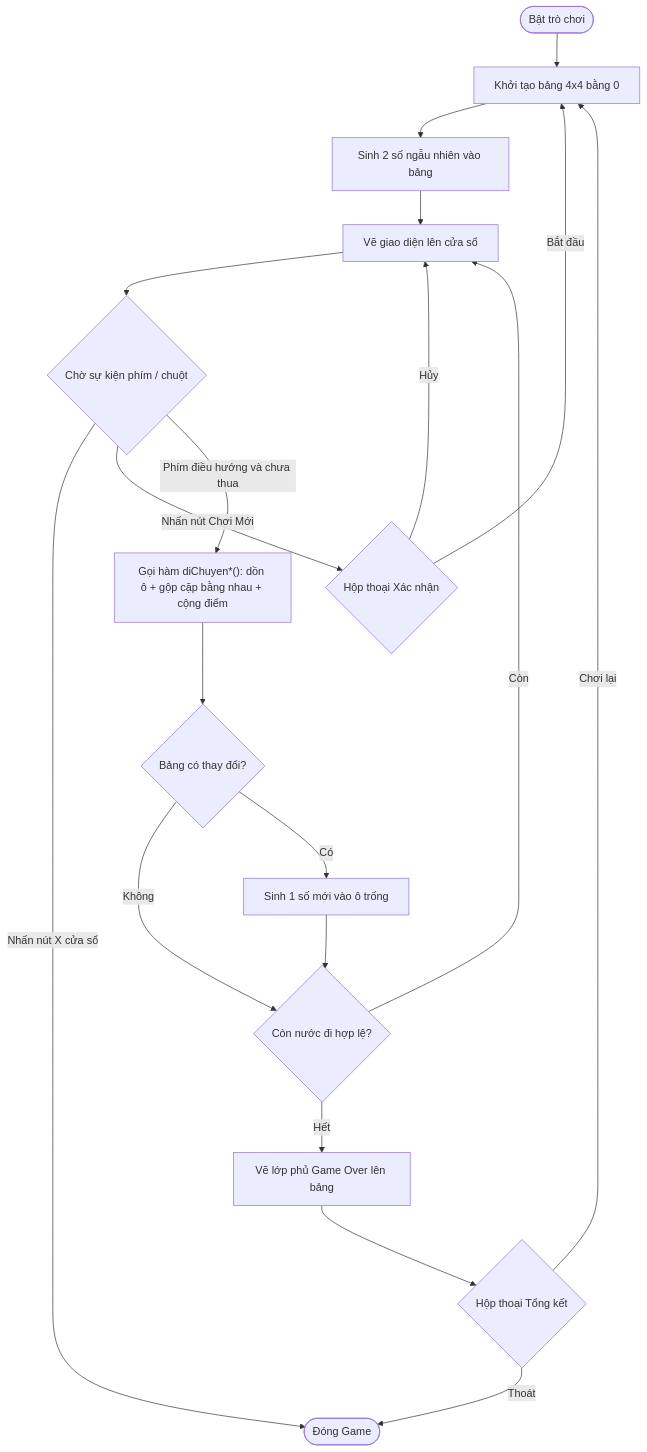
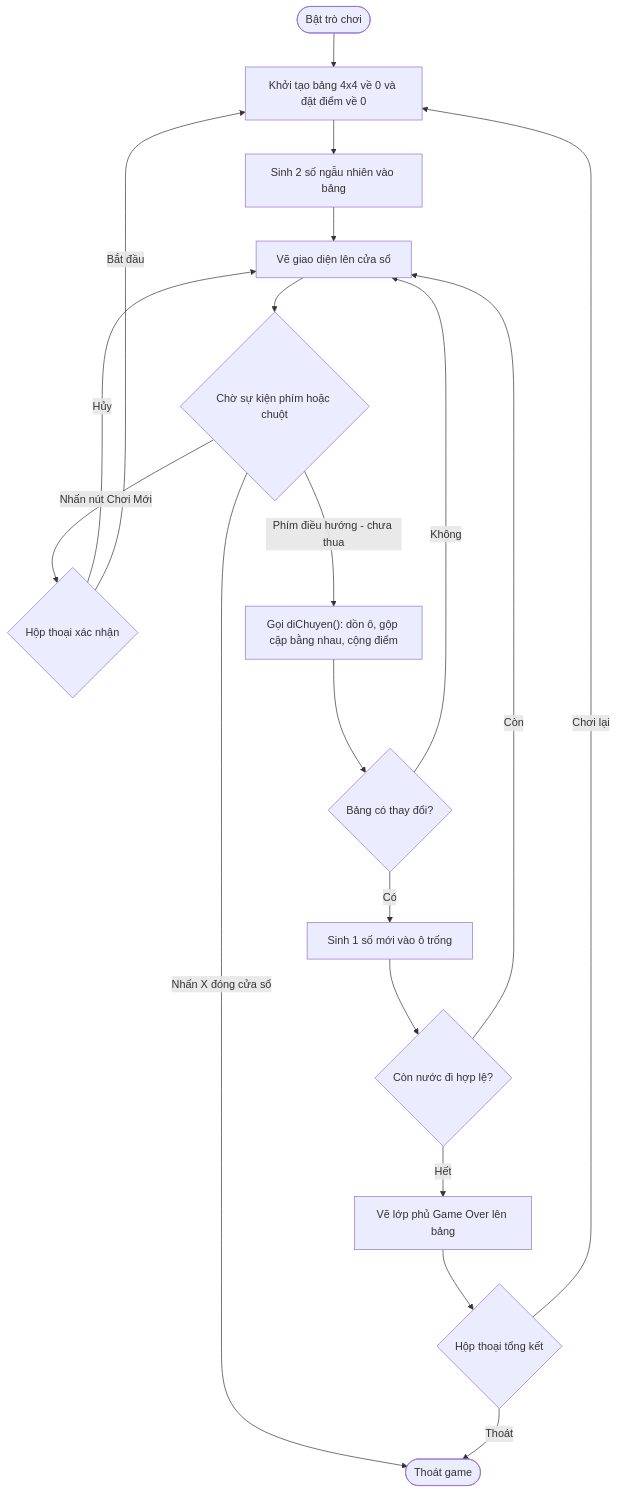
Before and after one commit to MinhThang1009/game-2048: the diagram in README.md, drawn with Mermaid.

Commit message:
Sửa sơ đồ workflow

````diff
--- a/README.md
+++ b/README.md
@@ -53,26 +53,24 @@
 ```mermaid
 graph TD
-    A([Bật trò chơi]) --> N[Khởi tạo bảng 4x4 bằng 0]
+    A([Bật trò chơi]) --> N[Khởi tạo bảng 4x4 về 0 và đặt điểm về 0]
     N --> B[Sinh 2 số ngẫu nhiên vào bảng]
     B --> H[Vẽ giao diện lên cửa sổ]
-    H --> C{Chờ sự kiện phím / chuột}
+    H --> C{Chờ sự kiện phím hoặc chuột}
 
-    C -->|Nhấn nút X cửa sổ| O([Đóng Game])
+    C -->|Nhấn X đóng cửa sổ| O([Thoát game])
 
-    C -->|Nhấn nút Chơi Mới| P{Hộp thoại Xác nhận}
+    C -->|Nhấn nút Chơi Mới| P{Hộp thoại xác nhận}
     P -->|Hủy| H
     P -->|Bắt đầu| N
 
-    C -->|Phím điều hướng và chưa thua| D["Gọi hàm diChuyen*(): dồn ô + gộp cặp bằng nhau + cộng điểm"]
+    C -->|Phím điều hướng - chưa thua| D["Gọi diChuyen(): dồn ô, gộp cặp bằng nhau, cộng điểm"]
     D --> I{Bảng có thay đổi?}
-    I -->|Không| K
+    I -->|Không| H
     I -->|Có| J[Sinh 1 số mới vào ô trống]
-
     J --> K{Còn nước đi hợp lệ?}
     K -->|Còn| H
     K -->|Hết| L[Vẽ lớp phủ Game Over lên bảng]
-
-    L --> M{Hộp thoại Tổng kết}
+    L --> M{Hộp thoại tổng kết}
     M -->|Chơi lại| N
     M -->|Thoát| O
 ```
````
